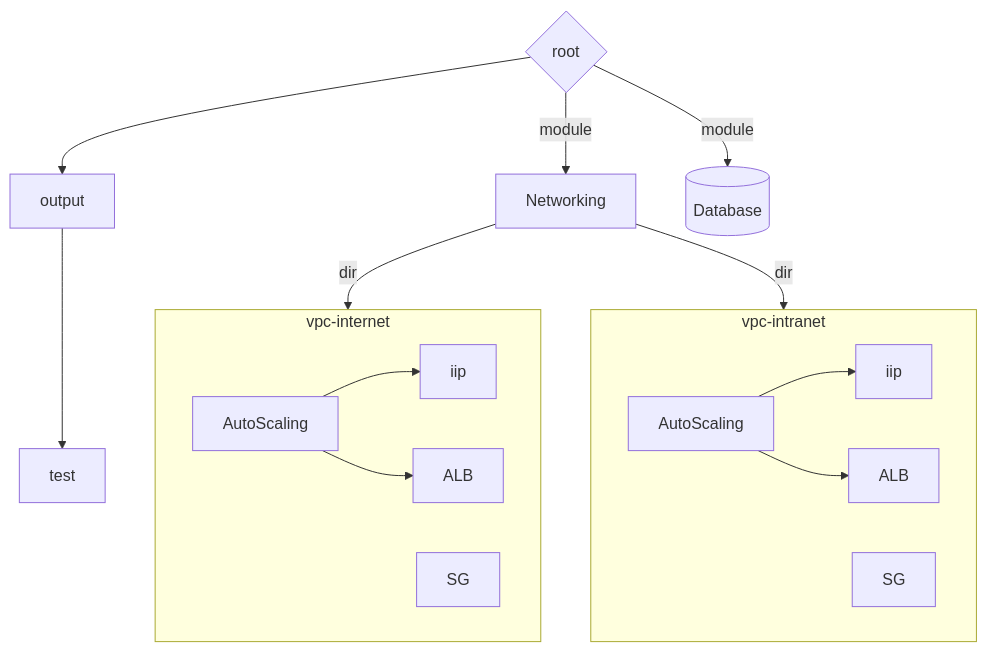
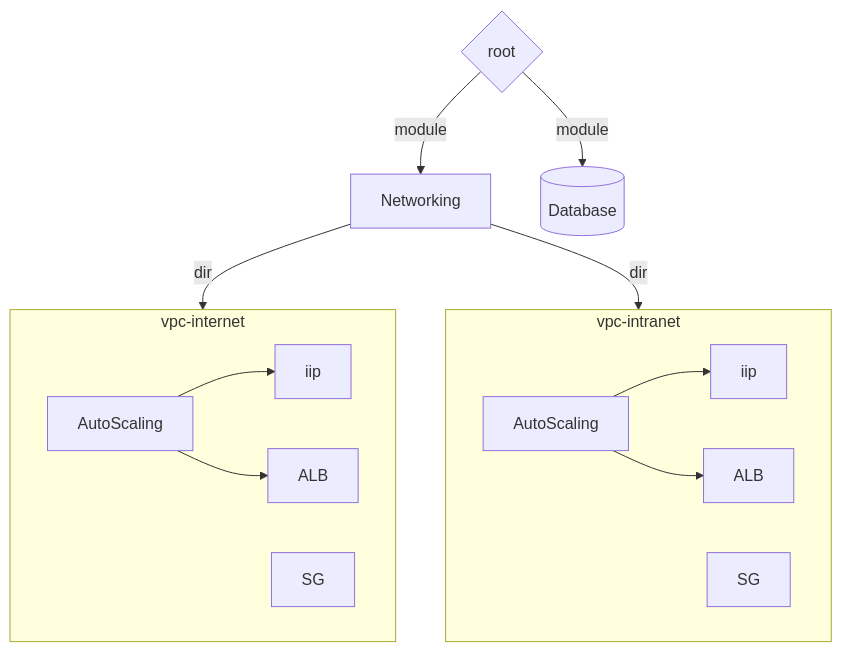
Before and after one commit to pvmtriet232/infras: the diagram in README.md, drawn with Mermaid.

````diff
--- a/README.md
+++ b/README.md
@@ -2,24 +2,24 @@
 ```mermaid
 flowchart TD
-    C{root} --> output --> test
+    C{root}
     
     C -->|module| N[Networking]
     C -->|module| D[(Database)]
 
 
     N --dir--> vpc-internet
     subgraph vpc-internet
     aug[AutoScaling]
     aug --> iip[iip]
     aug --> alb[ALB]
     sg[SG]
     end 
 
     N --dir--> vpc-intranet
     subgraph vpc-intranet
     aug2[AutoScaling]
     aug2 --> iip2[iip]
     aug2 --> alb2[ALB]
     sg2[SG]
     end
 ```
````
